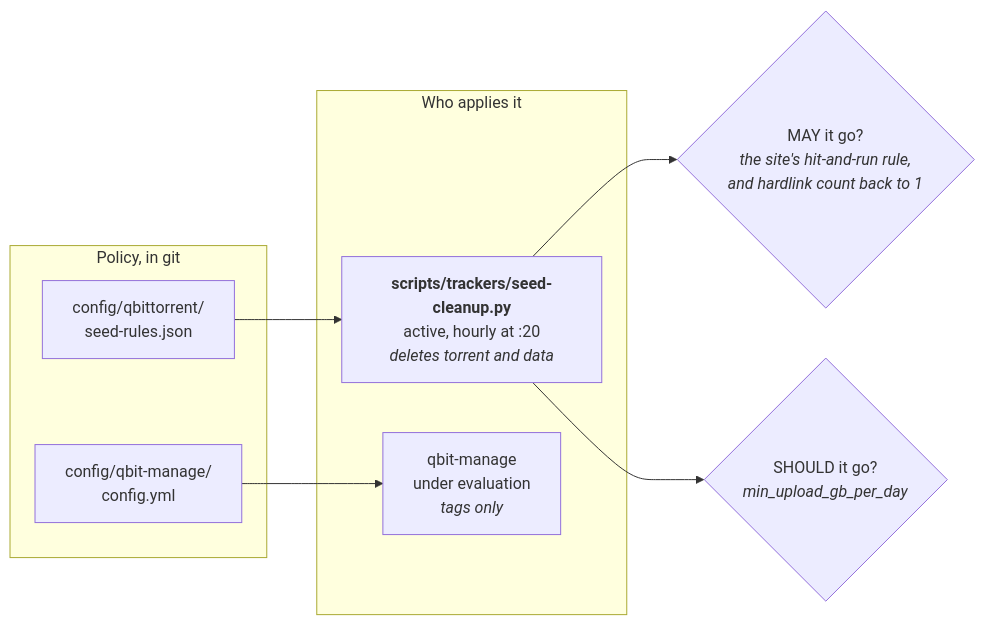
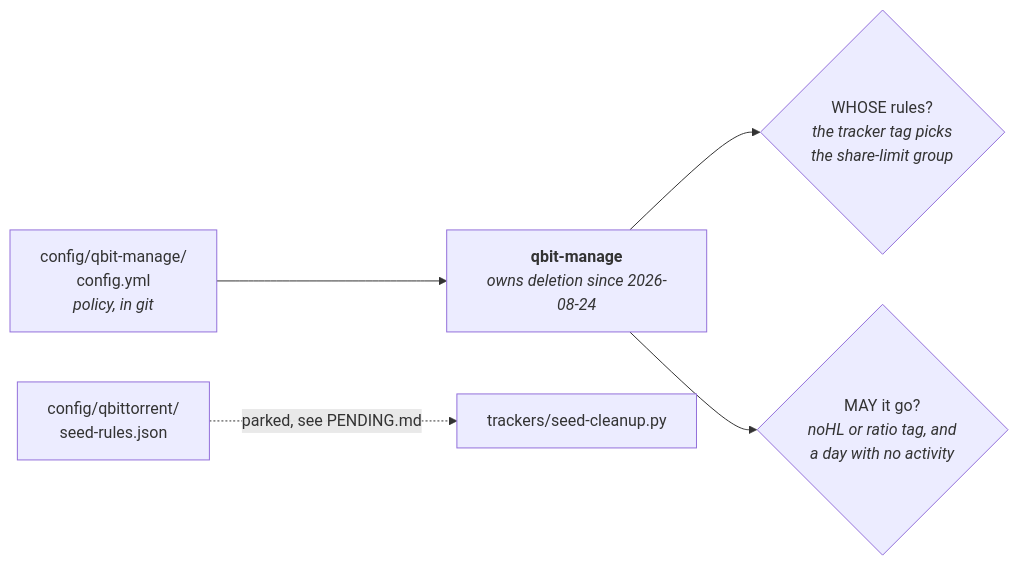
The fifth of 8 diagrams in docs/architecture.md (PlatanosVerdes/rpi-homeserver), drawn with Mermaid before and after one commit. The commit also changed other lines of this file and 37 other files, not shown here.

````diff
--- a/docs/architecture.md
+++ b/docs/architecture.md
@@ -263,16 +241,8 @@
 ```mermaid
 flowchart LR
-  subgraph P["Policy, in git"]
-    SR["config/qbittorrent/<br/>seed-rules.json"]
-    QM["config/qbit-manage/<br/>config.yml"]
-  end
-  subgraph E["Who applies it"]
-    SC["<b>scripts/trackers/seed-cleanup.py</b><br/>active, hourly at :20<br/><i>deletes torrent and data</i>"]
-    QB["qbit-manage<br/>under evaluation<br/><i>tags only</i>"]
-  end
-  SR --> SC
-  QM --> QB
-  SC --> Q1 & Q2
-  Q1{"MAY it go?<br/><i>the site's hit-and-run rule,<br/>and hardlink count back to 1</i>"}
-  Q2{"SHOULD it go?<br/><i>min_upload_gb_per_day</i>"}
+  QM["config/qbit-manage/<br/>config.yml<br/><i>policy, in git</i>"] --> QB
+  QB["<b>qbit-manage</b><br/><i>owns deletion since 2026-08-24</i>"] --> Q1 & Q2
+  Q1{"WHOSE rules?<br/><i>the tracker tag picks<br/>the share-limit group</i>"}
+  Q2{"MAY it go?<br/><i>noHL or ratio tag, and<br/>a day with no activity</i>"}
+  SR["config/qbittorrent/<br/>seed-rules.json"] -.->|"parked, see PENDING.md"| SC["trackers/seed-cleanup.py"]
 ```
````
